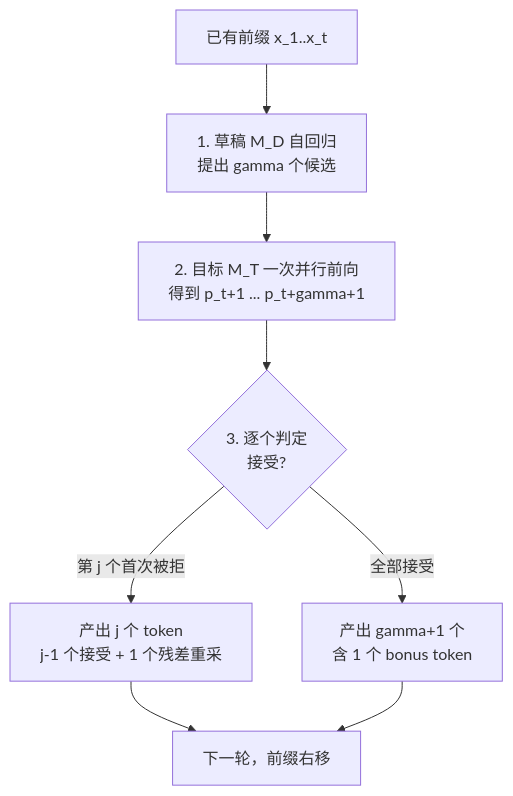
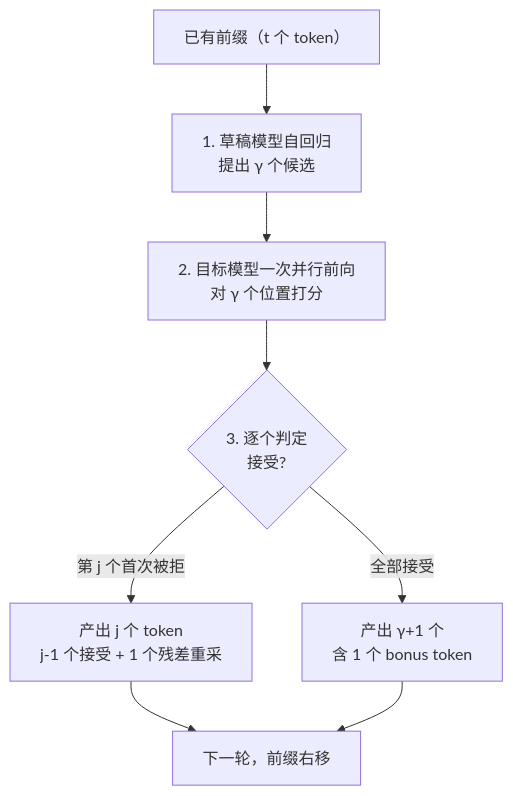
Before and after one commit to lrypcy/lrypcy.github.io: the first of 2 diagrams in _posts/2026-10-18-specdec-02-acceptance-and-speedup-model.md, drawn with Mermaid. The commit also changed other lines of this file and 17 other files, not shown here.

````diff
--- a/_posts/2026-10-18-specdec-02-acceptance-and-speedup-model.md
+++ b/_posts/2026-10-18-specdec-02-acceptance-and-speedup-model.md
@@ -88,10 +88,10 @@
 ```mermaid
 graph TD
-  S["已有前缀 x_1..x_t"] --> G["1. 草稿 M_D 自回归<br>提出 gamma 个候选"]
-  G --> V["2. 目标 M_T 一次并行前向<br>得到 p_t+1 ... p_t+gamma+1"]
+  S["已有前缀（t 个 token）"] --> G["1. 草稿模型自回归<br>提出 γ 个候选"]
+  G --> V["2. 目标模型一次并行前向<br>对 γ 个位置打分"]
   V --> A{"3. 逐个判定<br>接受?"}
   A -->|"第 j 个首次被拒"| O1["产出 j 个 token<br>j-1 个接受 + 1 个残差重采"]
-  A -->|"全部接受"| O2["产出 gamma+1 个<br>含 1 个 bonus token"]
+  A -->|"全部接受"| O2["产出 γ+1 个<br>含 1 个 bonus token"]
   O1 --> R["下一轮，前缀右移"]
   O2 --> R
 ```
````
